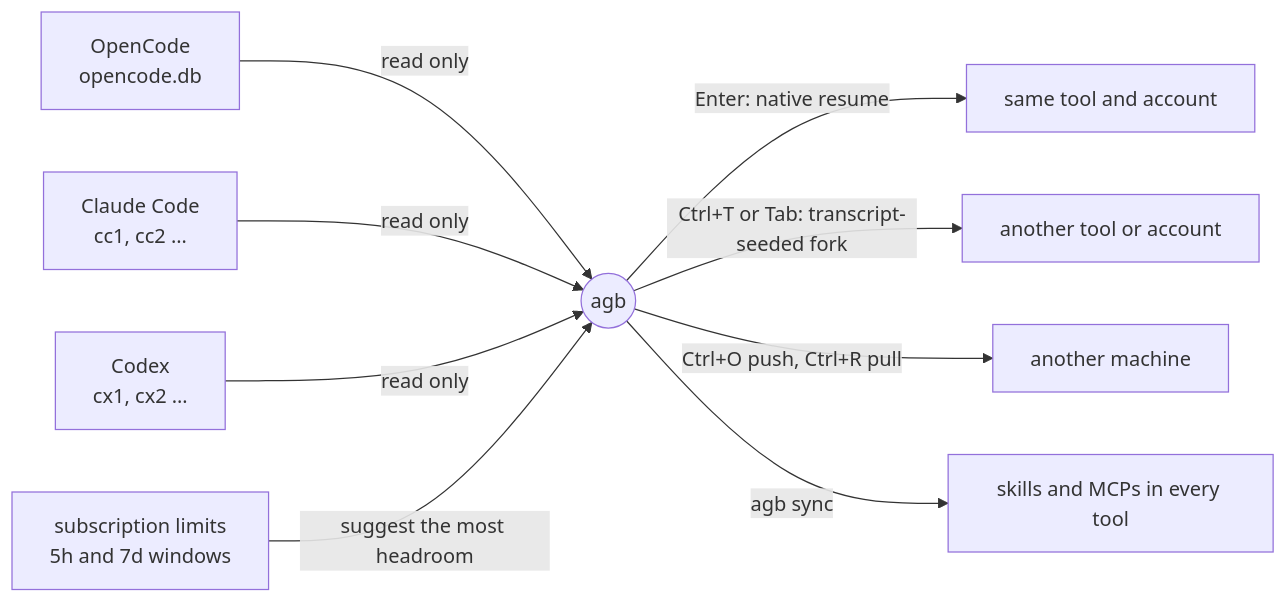
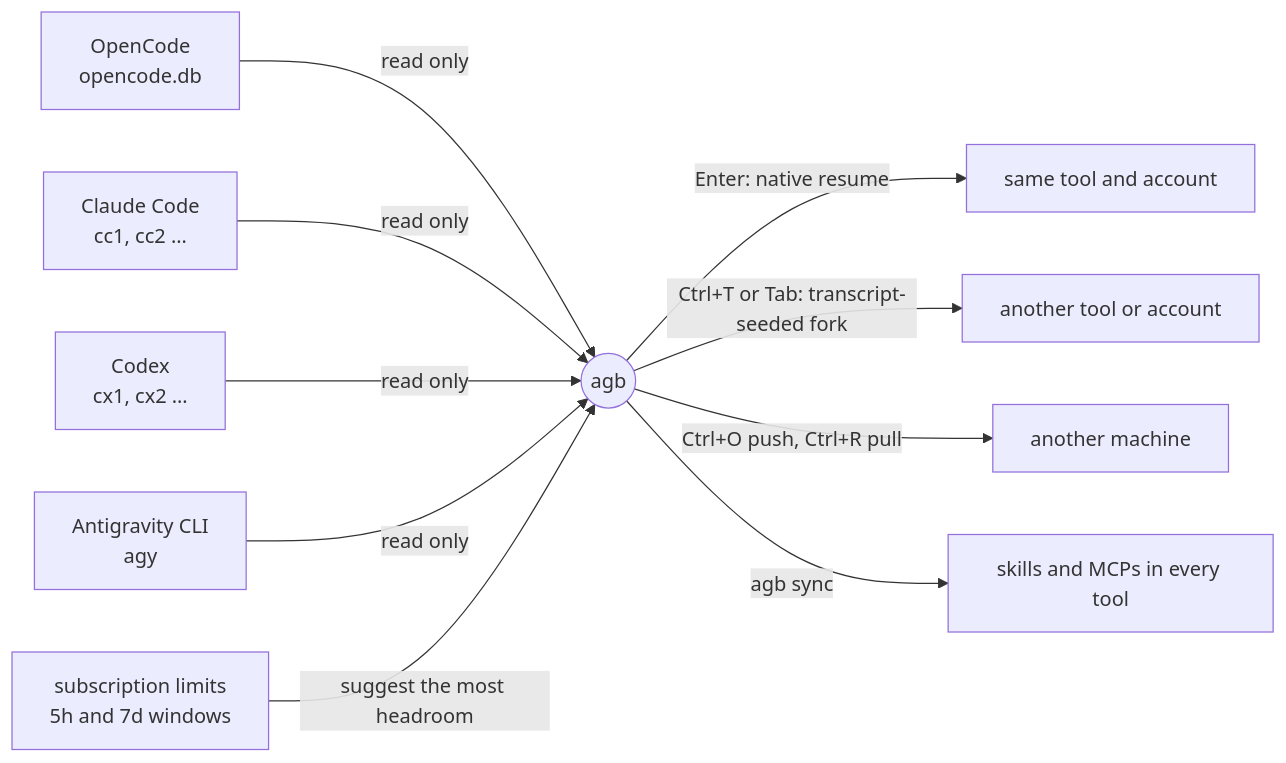
Before and after one commit to sergio-gimenez/agent-bridge: the diagram in README.md, drawn with Mermaid. The commit also changed other lines of this file and 19 other files, not shown here.

````diff
--- a/README.md
+++ b/README.md
@@ -49,12 +49,13 @@
 ```mermaid
 flowchart LR
   OC["OpenCode<br/>opencode.db"] -->|read only| AGB
   CC["Claude Code<br/>cc1, cc2 …"] -->|read only| AGB
   CX["Codex<br/>cx1, cx2 …"] -->|read only| AGB
+  AG["Antigravity CLI<br/>agy"] -->|read only| AGB
   LIM["subscription limits<br/>5h and 7d windows"] -->|suggest the most headroom| AGB
   AGB(("agb"))
   AGB -->|"Enter: native resume"| SAME["same tool and account"]
   AGB -->|"Ctrl+T or Tab: transcript-seeded fork"| OTHER["another tool or account"]
   AGB -->|"Ctrl+O push, Ctrl+R pull"| DESK["another machine"]
   AGB -->|"agb sync"| SETUP["skills and MCPs in every tool"]
 ```
````
